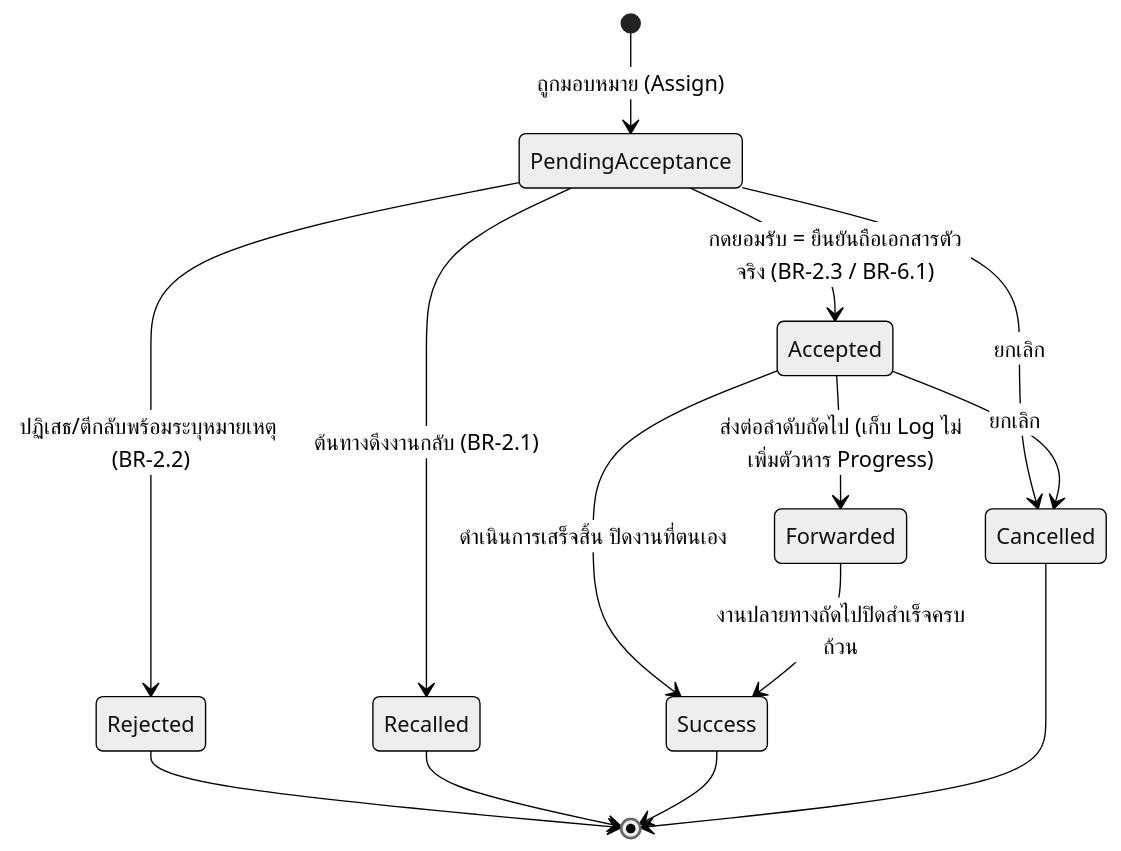
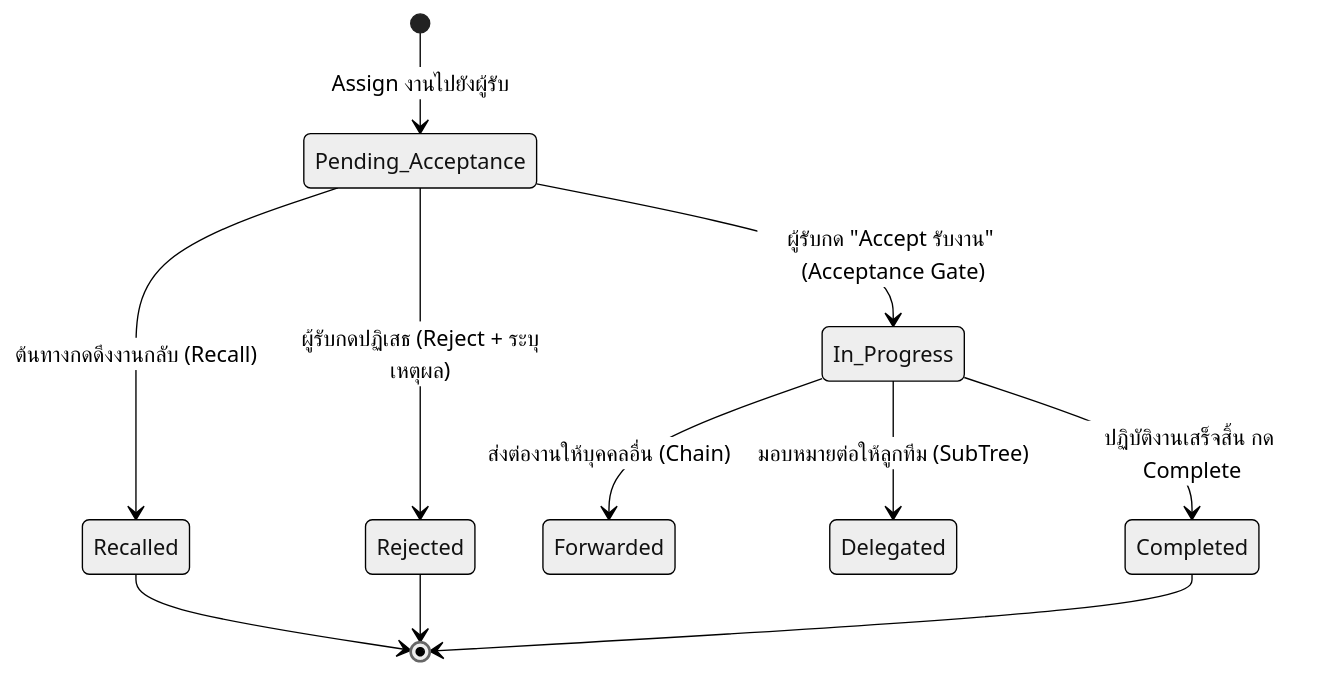
Before and after one commit to Nineteens19/DVS_Correspondence_system: the ninth of 14 diagrams in P2026-DVS_Correspondence_System_Consolidated_SRS_Analysis.md, drawn with Mermaid (neutral theme). The commit also changed other lines of this file and 12 other files, not shown here.

Commit message:
docs: restructure consolidated SRS to strict Deves BA standard, add system columns and sequence differences

````diff
--- a/P2026-DVS_Correspondence_System_Consolidated_SRS_Analysis.md
+++ b/P2026-DVS_Correspondence_System_Consolidated_SRS_Analysis.md
@@ -617,16 +534,13 @@
 ```mermaid
 stateDiagram-v2
-    [*] --> PendingAcceptance : ถูกมอบหมาย (Assign)
-    PendingAcceptance --> Accepted : กดยอมรับ = ยืนยันถือเอกสารตัวจริง (BR-2.3 / BR-6.1)
-    PendingAcceptance --> Rejected : ปฏิเสธ/ตีกลับพร้อมระบุหมายเหตุ (BR-2.2)
-    PendingAcceptance --> Recalled : ต้นทางดึงงานกลับ (BR-2.1)
-    Accepted --> Forwarded : ส่งต่อลำดับถัดไป (เก็บ Log ไม่เพิ่มตัวหาร Progress)
-    Accepted --> Success : ดำเนินการเสร็จสิ้น ปิดงานที่ตนเอง
-    Forwarded --> Success : งานปลายทางถัดไปปิดสำเร็จครบถ้วน
+    [*] --> Pending_Acceptance: Assign งานไปยังผู้รับ
+    Pending_Acceptance --> Recalled: ต้นทางกดดึงงานกลับ (Recall)
+    Pending_Acceptance --> Rejected: ผู้รับกดปฏิเสธ (Reject + ระบุเหตุผล)
+    Pending_Acceptance --> In_Progress: ผู้รับกด "Accept รับงาน" (Acceptance Gate)
+    In_Progress --> Forwarded: ส่งต่องานให้บุคคลอื่น (Chain)
+    In_Progress --> Delegated: มอบหมายต่อให้ลูกทีม (SubTree)
+    In_Progress --> Completed: ปฏิบัติงานเสร็จสิ้น กด Complete
+    Completed --> [*]
     Rejected --> [*]
     Recalled --> [*]
-    PendingAcceptance --> Cancelled : ยกเลิก
-    Accepted --> Cancelled : ยกเลิก
-    Success --> [*]
-    Cancelled --> [*]
 ```
````
